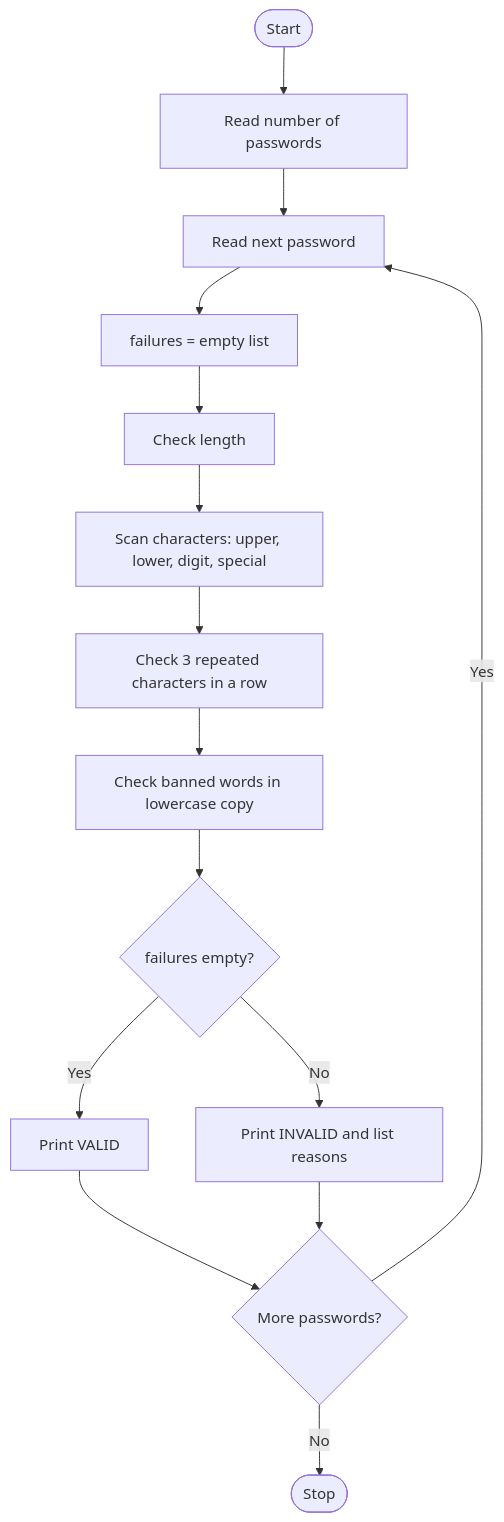
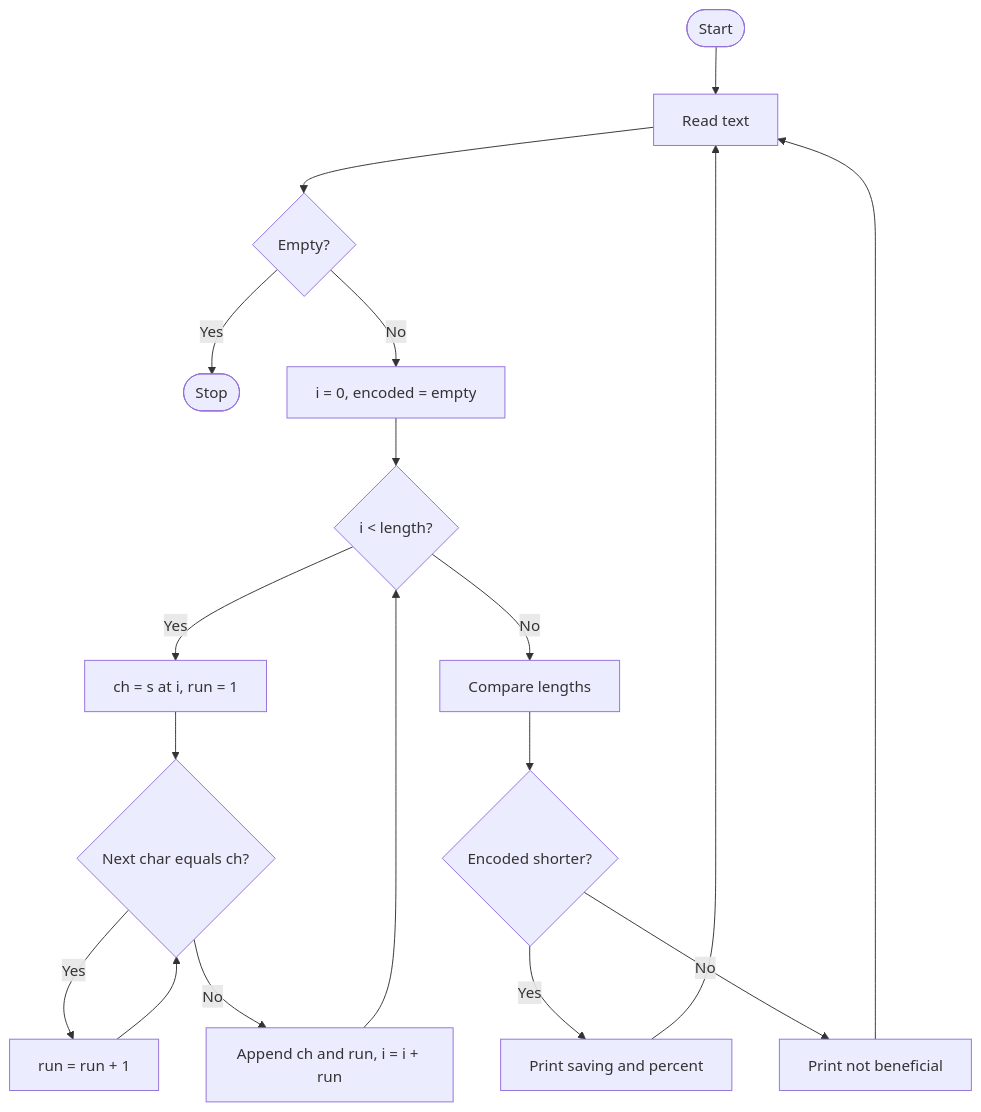
Before and after one commit to shoukatsk28-gif/python-Activity-Based-Learning: the diagram in README.md, drawn with Mermaid. The commit also changed other lines of this file and 2 other files, not shown here.

````diff
--- a/README.md
+++ b/README.md
@@ -58,17 +53,19 @@
 ```mermaid
 flowchart TD
-    A([Start]) --> B[Read number of passwords]
-    B --> C[Read next password]
-    C --> D[failures = empty list]
-    D --> E[Check length]
-    E --> F[Scan characters: upper, lower, digit, special]
-    F --> G[Check 3 repeated characters in a row]
-    G --> H[Check banned words in lowercase copy]
-    H --> I{failures empty?}
-    I -- Yes --> J[Print VALID]
-    I -- No --> K[Print INVALID and list reasons]
-    J --> L{More passwords?}
-    K --> L
-    L -- Yes --> C
-    L -- No --> M([Stop])
+    A([Start]) --> B[Read text]
+    B --> C{Empty?}
+    C -- Yes --> Z([Stop])
+    C -- No --> D[i = 0, encoded = empty]
+    D --> E{i < length?}
+    E -- Yes --> F[ch = s at i, run = 1]
+    F --> G{Next char equals ch?}
+    G -- Yes --> H[run = run + 1] --> G
+    G -- No --> I[Append ch and run, i = i + run]
+    I --> E
+    E -- No --> J[Compare lengths]
+    J --> K{Encoded shorter?}
+    K -- Yes --> L[Print saving and percent]
+    K -- No --> M[Print not beneficial]
+    L --> B
+    M --> B
 ```
````
